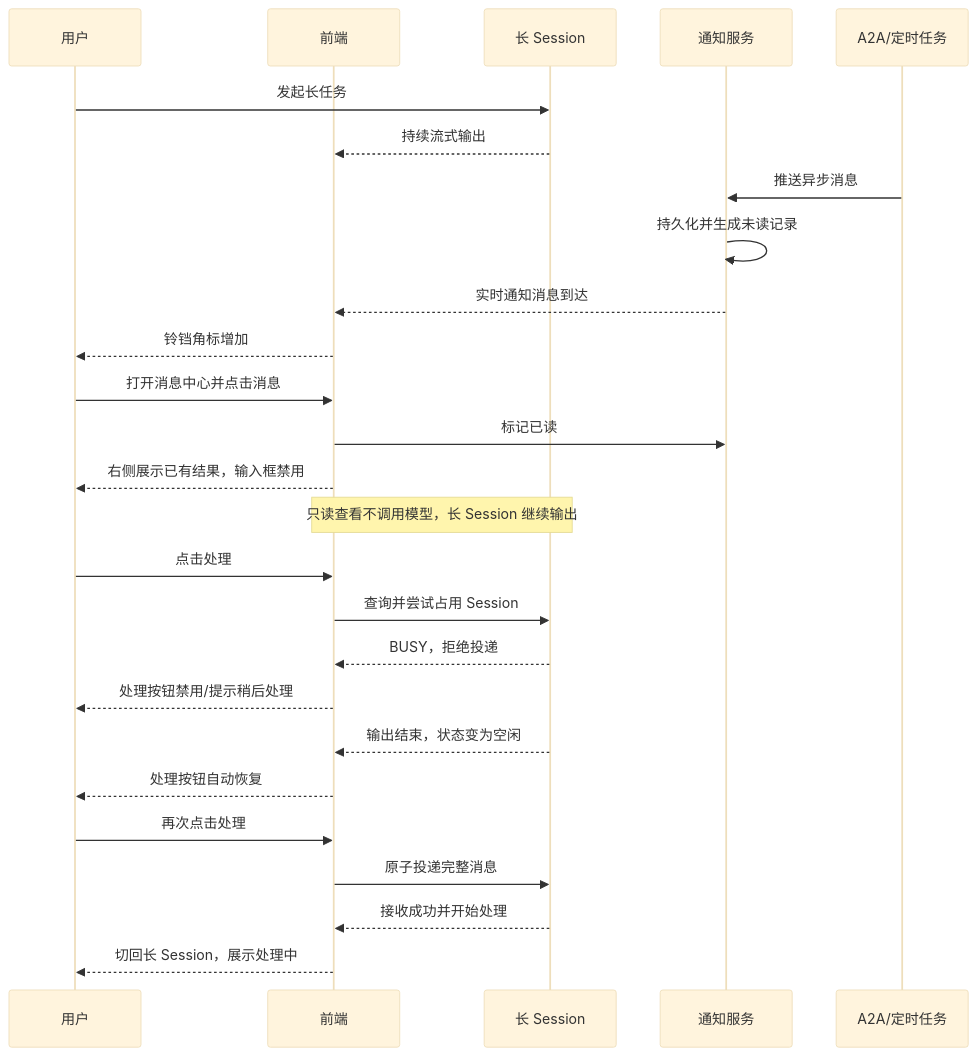
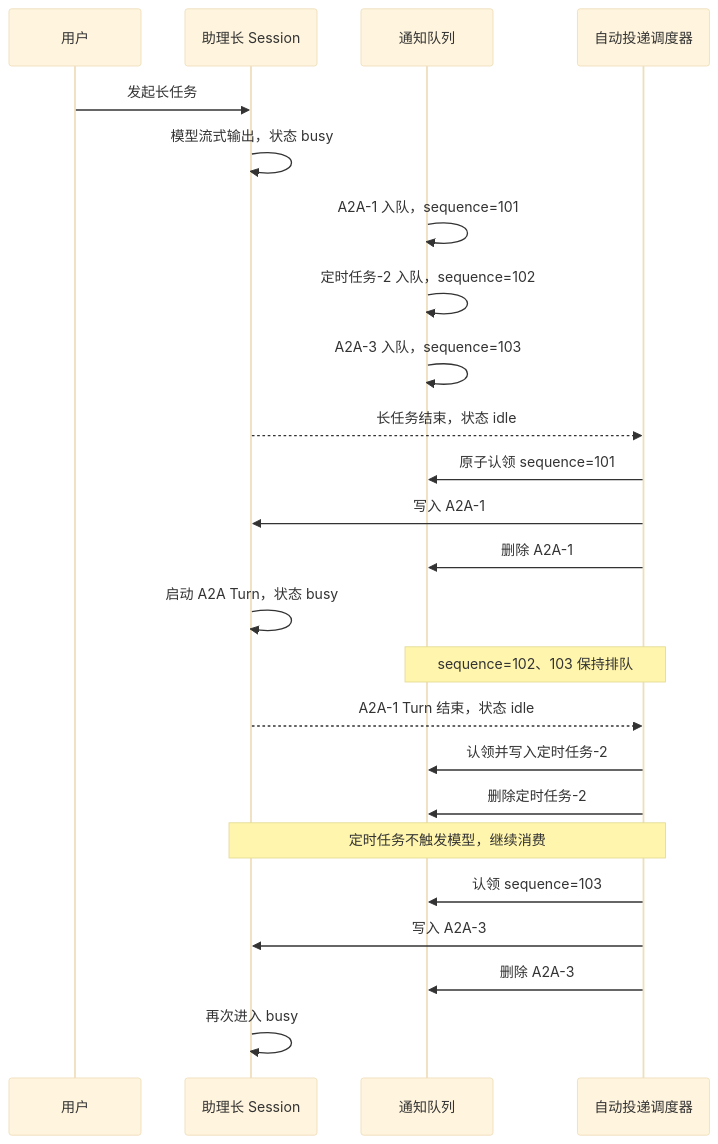
The second of 3 diagrams in docs/PRD-助理长Session消息通知中心.md (ueishinbo/SFZN-AI), drawn with Mermaid (base theme) before and after one commit. The commit also changed other lines of this file and 34 other files, not shown here.

````diff
--- a/docs/PRD-助理长Session消息通知中心.md
+++ b/docs/PRD-助理长Session消息通知中心.md
@@ -167,29 +153,27 @@
 ```mermaid
 sequenceDiagram
     participant U as 用户
-    participant UI as 前端
-    participant S as 长 Session
-    participant N as 通知服务
-    participant A as A2A/定时任务
+    participant S as 助理长 Session
+    participant N as 通知队列
+    participant D as 自动投递调度器
 
     U->>S: 发起长任务
-    S-->>UI: 持续流式输出
-    A->>N: 推送异步消息
-    N->>N: 持久化并生成未读记录
-    N-->>UI: 实时通知消息到达
-    UI-->>U: 铃铛角标增加
-    U->>UI: 打开消息中心并点击消息
-    UI->>N: 标记已读
-    UI-->>U: 右侧展示已有结果，输入框禁用
-    Note over UI,S: 只读查看不调用模型，长 Session 继续输出
-    U->>UI: 点击处理
-    UI->>S: 查询并尝试占用 Session
-    S-->>UI: BUSY，拒绝投递
-    UI-->>U: 处理按钮禁用/提示稍后处理
-    S-->>UI: 输出结束，状态变为空闲
-    UI-->>U: 处理按钮自动恢复
-    U->>UI: 再次点击处理
-    UI->>S: 原子投递完整消息
-    S-->>UI: 接收成功并开始处理
-    UI-->>U: 切回长 Session，展示处理中
+    S->>S: 模型流式输出，状态 busy
+    N->>N: A2A-1 入队，sequence=101
+    N->>N: 定时任务-2 入队，sequence=102
+    N->>N: A2A-3 入队，sequence=103
+    S-->>D: 长任务结束，状态 idle
+    D->>N: 原子认领 sequence=101
+    D->>S: 写入 A2A-1
+    D->>N: 删除 A2A-1
+    S->>S: 启动 A2A Turn，状态 busy
+    Note over D,N: sequence=102、103 保持排队
+    S-->>D: A2A-1 Turn 结束，状态 idle
+    D->>N: 认领并写入定时任务-2
+    D->>N: 删除定时任务-2
+    Note over S,D: 定时任务不触发模型，继续消费
+    D->>N: 认领 sequence=103
+    D->>S: 写入 A2A-3
+    D->>N: 删除 A2A-3
+    S->>S: 再次进入 busy
 ```
````
